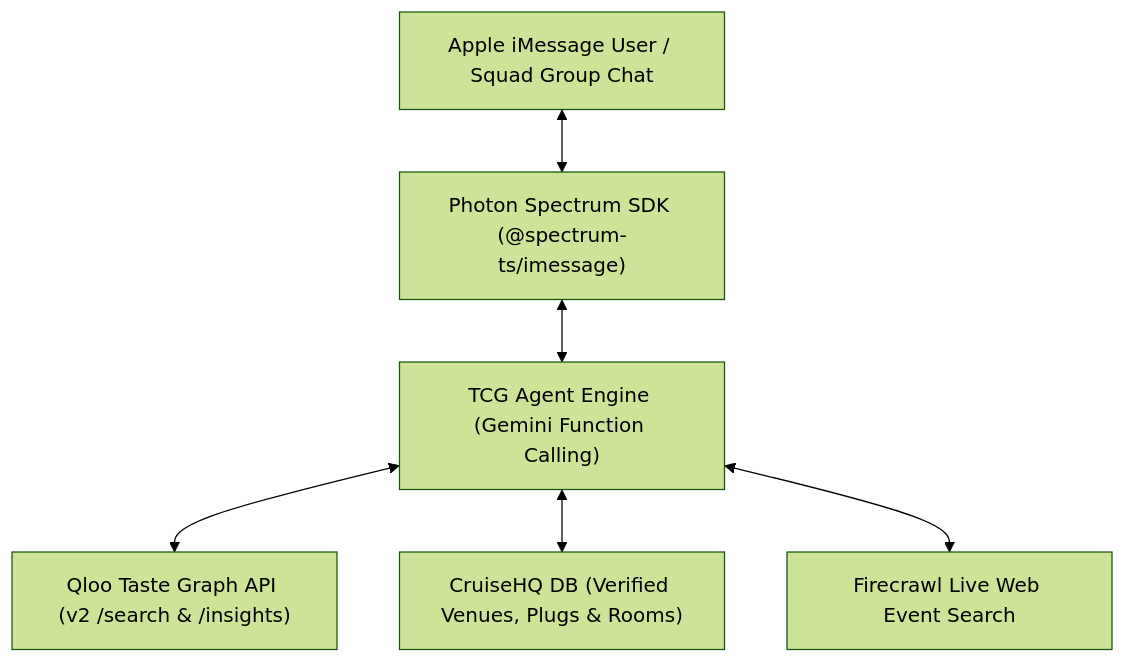
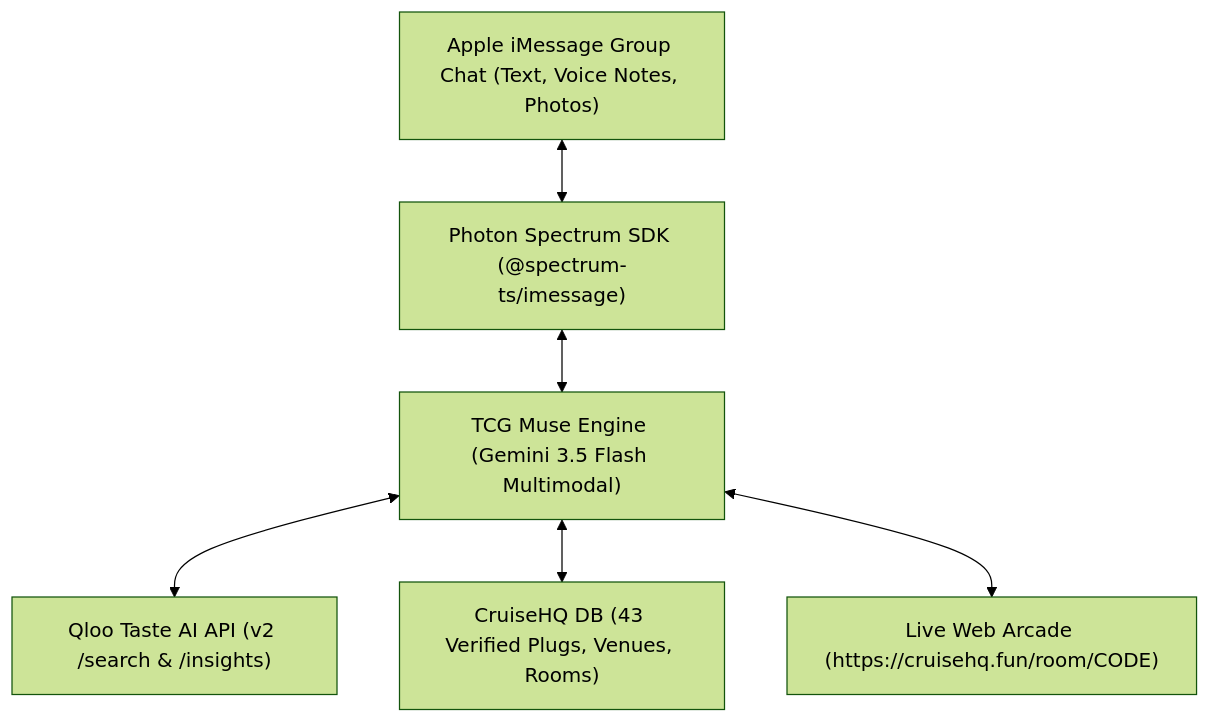
One commit to Kryptopacy/tcg-the-cruise-god changed the diagram in README.md. Above: the diagram before and after it, drawn with Mermaid (forest theme). The commit also changed other lines of this file, not shown here.

Commit message:
docs: comprehensive README overhaul with Photon hackathon categories, group chat dynamics, multimodal sensing, and Qloo Taste AI

````diff
--- a/README.md
+++ b/README.md
@@ -46,8 +67,8 @@
 ```mermaid
 flowchart TD
-    User["Apple iMessage User / Squad Group Chat"] <--> Spectrum["Photon Spectrum SDK (@spectrum-ts/imessage)"]
-    Spectrum <--> TCG["TCG Agent Engine (Gemini Function Calling)"]
-    TCG <--> Qloo["Qloo Taste Graph API (v2 /search & /insights)"]
-    TCG <--> CruiseHQ["CruiseHQ DB (Verified Venues, Plugs & Rooms)"]
-    TCG <--> Firecrawl["Firecrawl Live Web Event Search"]
+    User["Apple iMessage Group Chat (Text, Voice Notes, Photos)"] <--> Spectrum["Photon Spectrum SDK (@spectrum-ts/imessage)"]
+    Spectrum <--> TCG["TCG Muse Engine (Gemini 3.5 Flash Multimodal)"]
+    TCG <--> Qloo["Qloo Taste AI API (v2 /search & /insights)"]
+    TCG <--> CruiseHQ["CruiseHQ DB (43 Verified Plugs, Venues, Rooms)"]
+    TCG <--> Rooms["Live Web Arcade (https://cruisehq.fun/room/CODE)"]
 ```
````
